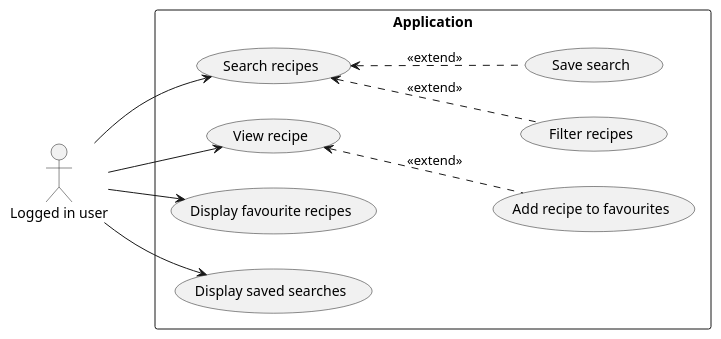
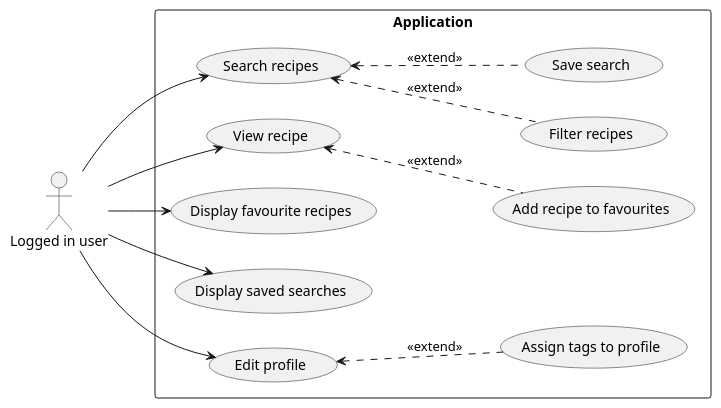
The second of 2 diagrams in SystemRequirements.md (kambed/FoodzillaArchitecture), drawn with PlantUML before and after one commit. The commit also changed 1 other file, not shown here.

Commit message:
#3 Add assigning tags functionality

````diff
--- a/SystemRequirements.md
+++ b/SystemRequirements.md
@@ -74,28 +74,34 @@
 ```plantuml
 @startuml
 left to right direction
 
 actor "Logged in user" AS loggedUser
 
 rectangle Application {
     usecase "Search recipes" as search
     usecase "Filter recipes" as filter
     usecase "View recipe" as view
     
     usecase "Display favourite recipes" as favourite
     usecase "Add recipe to favourites" as addFavourite
     
     usecase "Display saved searches" as savedSearches
     usecase "Save search" as saveSearch
     
+    usecase "Edit profile" as editProfile
+    usecase "Assign tags to profile" as assignTags
+    
     search <.. filter: <<extend>>
     view <.. addFavourite: <<extend>>
     search <.. saveSearch: <<extend>>
+    
+    editProfile <.. assignTags: <<extend>>
 }
 
 loggedUser --> search
 loggedUser --> view
 loggedUser --> favourite
 loggedUser --> savedSearches
+loggedUser --> editProfile
 @enduml
 ```
````
